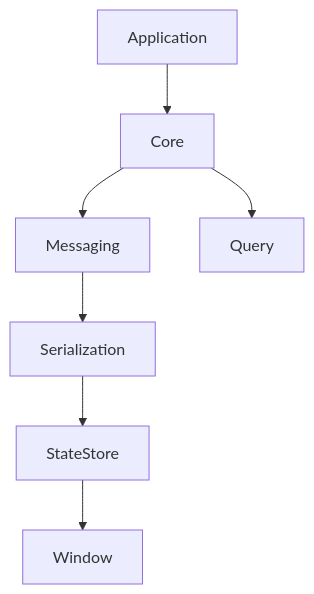
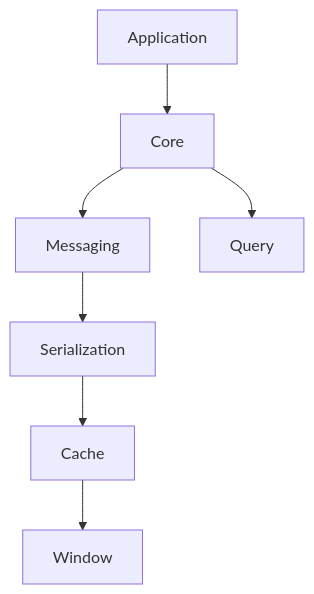
Before and after one commit to sage-mt07/rc01: the diagram in docs/namespaces/summary.md, drawn with Mermaid. The commit also changed other lines of this file and 60 other files, not shown here.

Commit message:
remove StateStore namespace and update cache

````diff
--- a/docs/namespaces/summary.md
+++ b/docs/namespaces/summary.md
@@ -34,9 +34,9 @@
 ```mermaid
 graph TD
   Application --> Core
   Core --> Messaging
   Core --> Query
   Messaging --> Serialization
-  Serialization --> StateStore
-  StateStore --> Window
+  Serialization --> Cache
+  Cache --> Window
 ```
````
